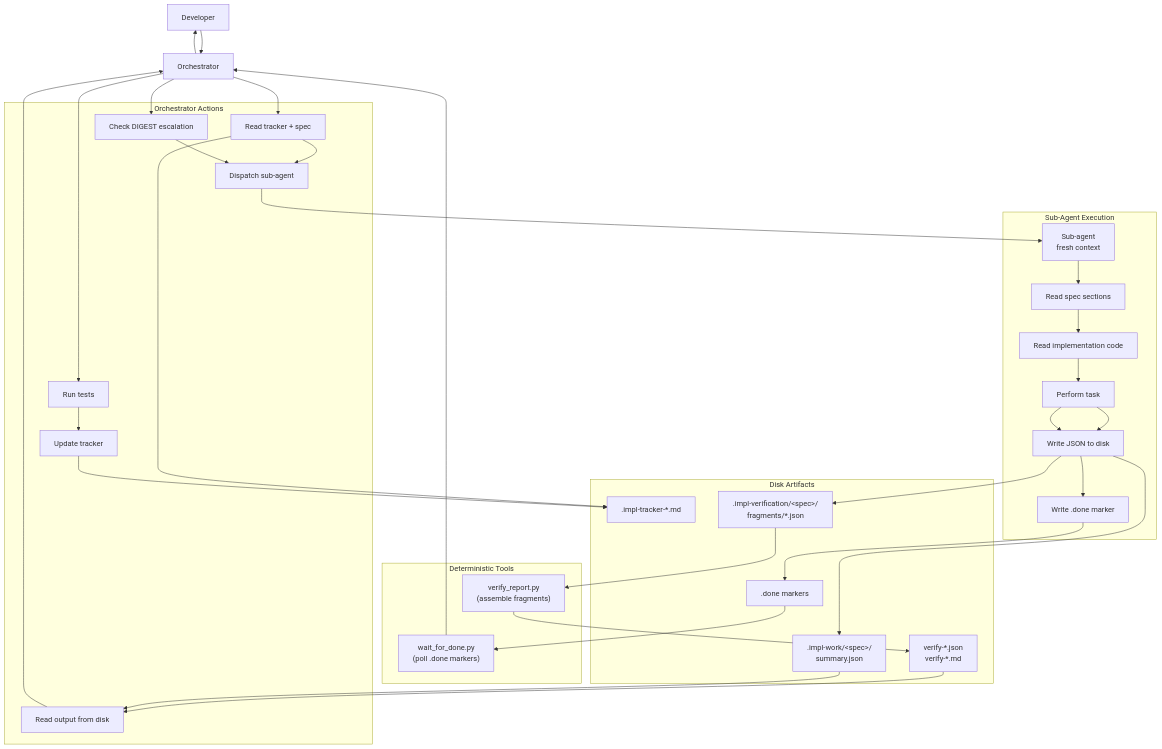
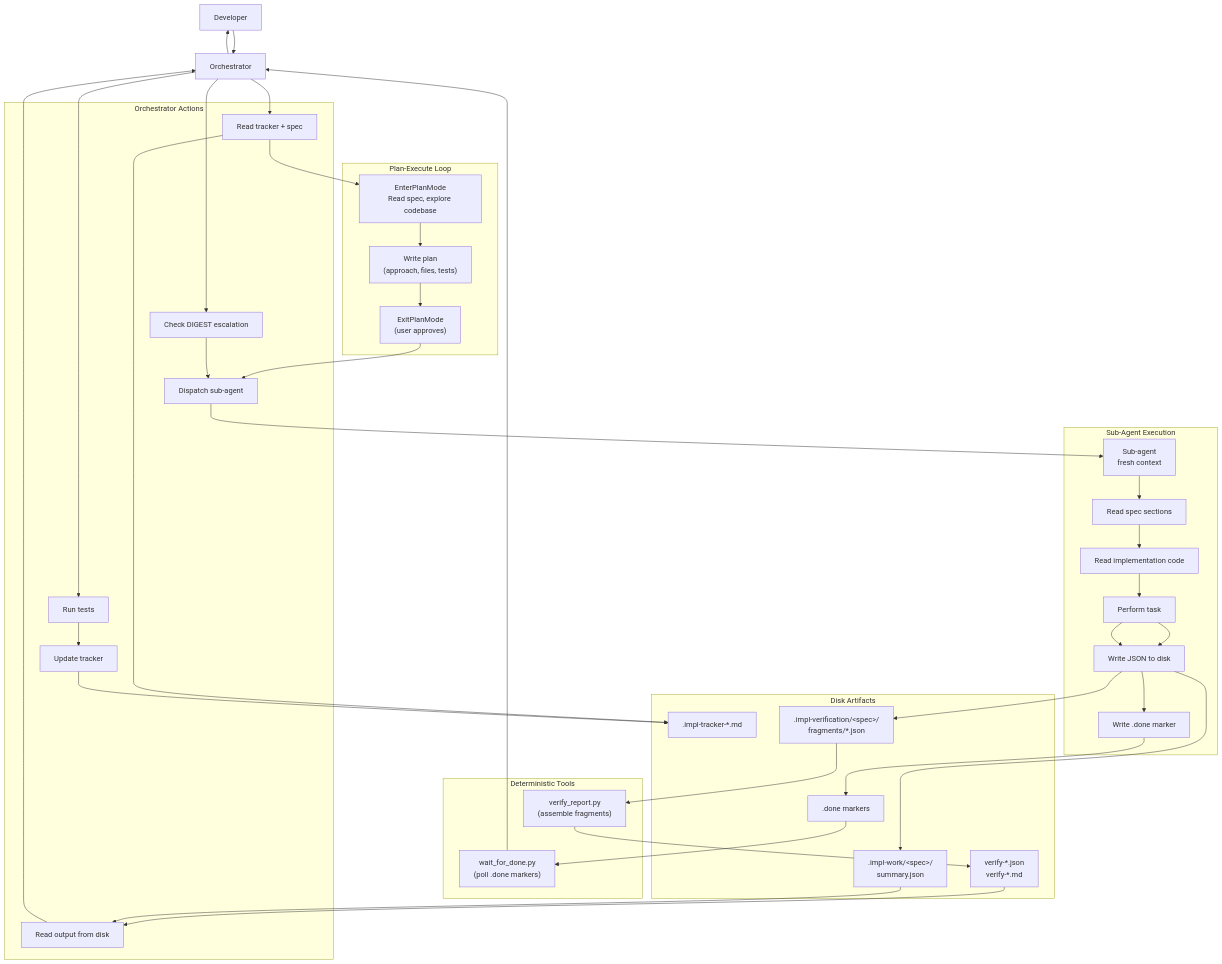
One commit to realworldtech/claude-implement-skill changed the first of 3 diagrams in specs/implement-skill/sections/05-sub-agent-orchestration.md. Above: the diagram before and after it, drawn with Mermaid. The commit also changed other lines of this file and 10 other files, not shown here.

First line of the commit message:
Add skill context preamble, plan-execute loop, and anti-rationalization rules

````diff
--- a/specs/implement-skill/sections/05-sub-agent-orchestration.md
+++ b/specs/implement-skill/sections/05-sub-agent-orchestration.md
@@ -59,51 +62,59 @@
 ```mermaid
 graph TD
     Dev[Developer]:::primary --> Orch[Orchestrator]:::secondary
+
+    subgraph "Plan-Execute Loop"
+        EnterPlan["EnterPlanMode<br/>Read spec, explore codebase"]:::tertiary
+        WritePlan["Write plan<br/>(approach, files, tests)"]:::tertiary
+        ExitPlan["ExitPlanMode<br/>(user approves)"]:::tertiary
+        EnterPlan --> WritePlan --> ExitPlan
+    end
 
     subgraph "Orchestrator Actions"
         ReadTracker[Read tracker + spec]:::secondary
         Dispatch[Dispatch sub-agent]:::secondary
         ReadOutput[Read output from disk]:::secondary
         CheckDigest[Check DIGEST escalation]:::secondary
         RunTests[Run tests]:::secondary
         UpdateTracker[Update tracker]:::secondary
     end
 
     subgraph "Sub-Agent Execution"
         SA[Sub-agent<br/>fresh context]:::accent
         ReadSpec[Read spec sections]:::accent
         ReadCode[Read implementation code]:::accent
         DoWork[Perform task]:::accent
         WriteJSON[Write JSON to disk]:::accent
         WriteDone[Write .done marker]:::accent
     end
 
     subgraph "Deterministic Tools"
         WaitDone["wait_for_done.py<br/>(poll .done markers)"]:::tertiary
         VerifyReport["verify_report.py<br/>(assemble fragments)"]:::tertiary
     end
 
     subgraph "Disk Artifacts"
         Tracker[".impl-tracker-*.md"]:::primary
         ImplWork[".impl-work/&lt;spec&gt;/<br/>summary.json"]:::primary
         VerifFrags[".impl-verification/&lt;spec&gt;/<br/>fragments/*.json"]:::primary
         DoneMarkers[".done markers"]:::primary
         Reports["verify-*.json<br/>verify-*.md"]:::primary
     end
 
     Orch --> ReadTracker --> Tracker
-    ReadTracker --> Dispatch --> SA
+    ReadTracker --> EnterPlan
+    ExitPlan --> Dispatch --> SA
     SA --> ReadSpec --> ReadCode --> DoWork
     DoWork --> WriteJSON --> ImplWork
     DoWork --> WriteJSON --> VerifFrags
     WriteJSON --> WriteDone --> DoneMarkers
 
     DoneMarkers --> WaitDone --> Orch
     VerifFrags --> VerifyReport --> Reports
     Reports --> ReadOutput --> Orch
     ImplWork --> ReadOutput
 
     Orch --> CheckDigest --> Dispatch
     Orch --> RunTests --> UpdateTracker --> Tracker
     Orch --> Dev
 ```
````
